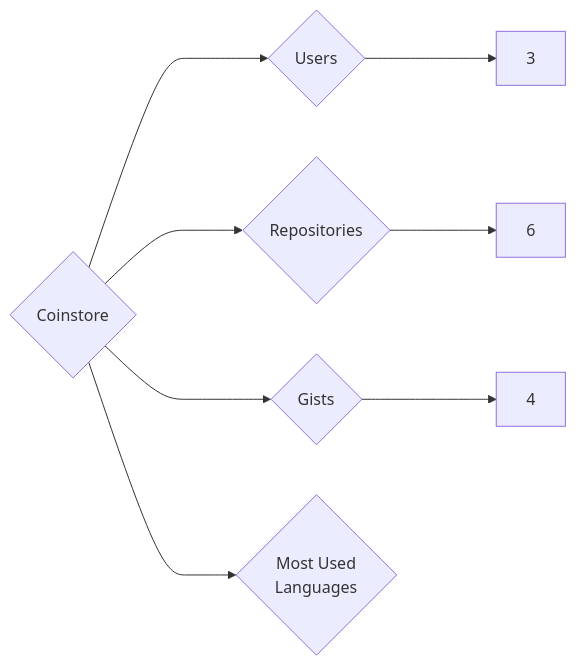
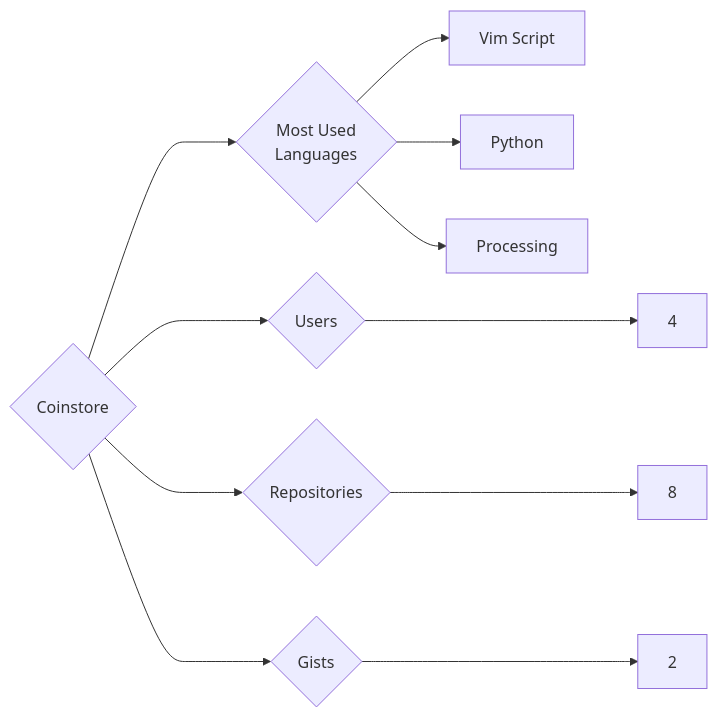
The diagram in targets/Coinstore/README.md (trickest/insiders), drawn with Mermaid before and after one commit. The commit also changed 1166 other files, not shown here.

````diff
--- a/targets/Coinstore/README.md
+++ b/targets/Coinstore/README.md
@@ -3,8 +3,11 @@
 ```mermaid
 graph LR
 COMPANY_NAME{Coinstore}
-COMPANY_NAME ---> U{Users} ---> UN[3]
-COMPANY_NAME ---> R{Repositories} ---> RN[6]
-COMPANY_NAME ---> G{Gists} ---> GN[4]
+COMPANY_NAME ---> U{Users} ---> UN[4]
+COMPANY_NAME ---> R{Repositories} ---> RN[8]
+COMPANY_NAME ---> G{Gists} ---> GN[2]
 COMPANY_NAME ---> ML{Most Used<br>Languages}
+ML --> Vim_Script[Vim Script]
+ML --> Python[Python]
+ML --> Processing[Processing]
 ```
````
